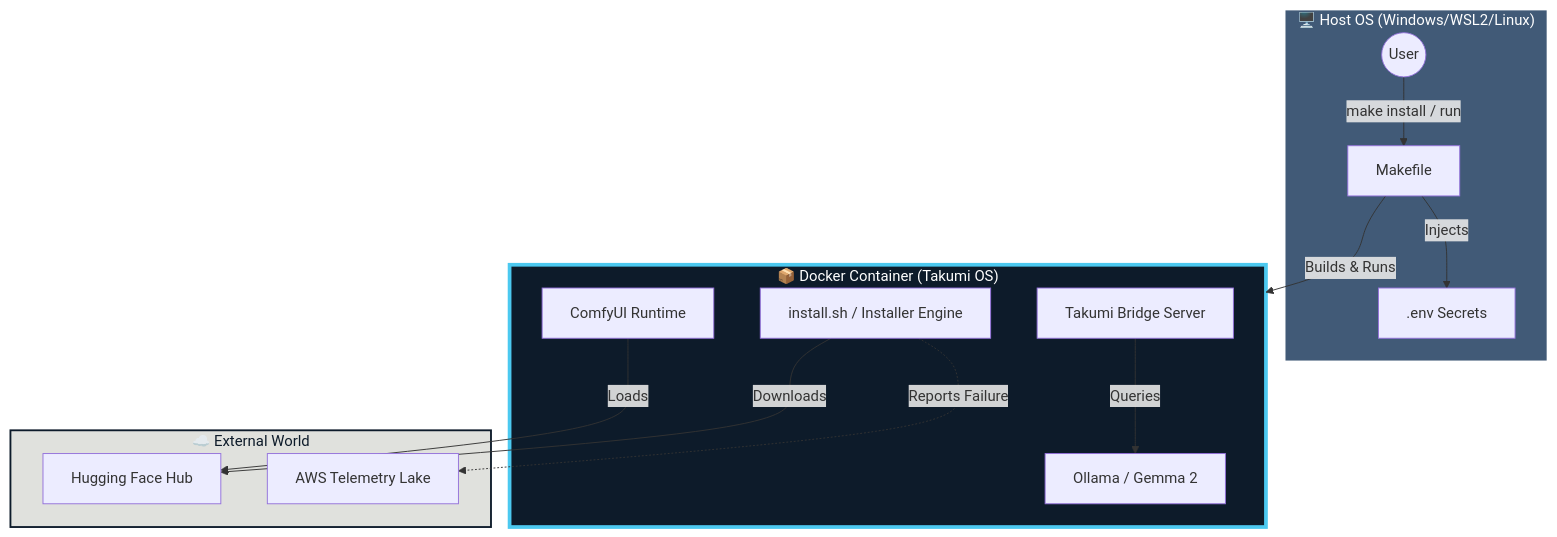
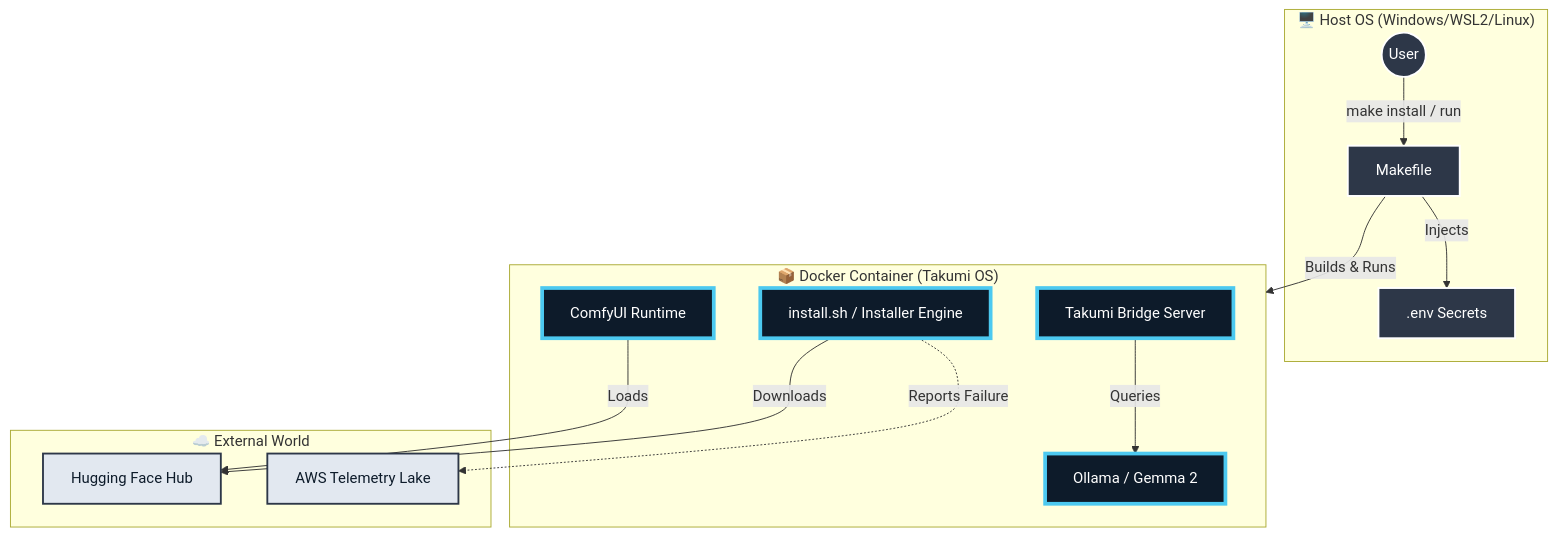
One commit to roguelikeCode/takumi-comfyui-advisor changed the first of 4 diagrams in architecture.md. Above: the diagram before and after it, drawn with Mermaid. The commit also changed other lines of this file, not shown here.

Commit message:
chore(architecture.md): fix mermaid colors for github visibility

````diff
--- a/architecture.md
+++ b/architecture.md
@@ -12,38 +12,39 @@
 ```mermaid
 graph TD
-    %% Color Palette: Yamato Navy
-    classDef host fill:#415a77,stroke:#fff,stroke-width:2px,color:#fff;
-    classDef container fill:#0d1b2a,stroke:#4cc9f0,stroke-width:4px,color:#fff;
-    classDef cloud fill:#e0e1dd,stroke:#0d1b2a,stroke-width:2px,color:#0d1b2a;
+    %% --- Styles ---
+    %% Yamato Navy (#0d1b2a) & Takumi Cyan (#4cc9f0) & White (#ffffff)
+    classDef host fill:#2d3748,stroke:#ffffff,stroke-width:2px,color:#ffffff;
+    classDef container fill:#0d1b2a,stroke:#4cc9f0,stroke-width:4px,color:#ffffff;
+    classDef cloud fill:#e2e8f0,stroke:#2d3748,stroke-width:2px,color:#0d1b2a;
 
     subgraph Host ["🖥️ Host OS (Windows/WSL2/Linux)"]
         User((User))
         Make[Makefile]
         Dotenv[.env Secrets]
     end
 
     subgraph Docker ["📦 Docker Container (Takumi OS)"]
         Installer["install.sh / Installer Engine"]
         Runtime[ComfyUI Runtime]
         Brain[Ollama / Gemma 2]
         Bridge[Takumi Bridge Server]
     end
 
     subgraph Cloud ["☁️ External World"]
         HuggingFace[Hugging Face Hub]
         AWS[AWS Telemetry Lake]
     end
 
     User -->|make install / run| Make
     Make -->|Injects| Dotenv
     Make -->|Builds & Runs| Docker
     
     Installer -->|Downloads| HuggingFace
     Runtime -->|Loads| HuggingFace
     Bridge -->|Queries| Brain
     Installer -.->|Reports Failure| AWS
     
-    class Host host;
-    class Docker container;
-    class Cloud cloud;
+    class User,Make,Dotenv host;
+    class Installer,Runtime,Brain,Bridge container;
+    class HuggingFace,AWS cloud;
 ```
````
